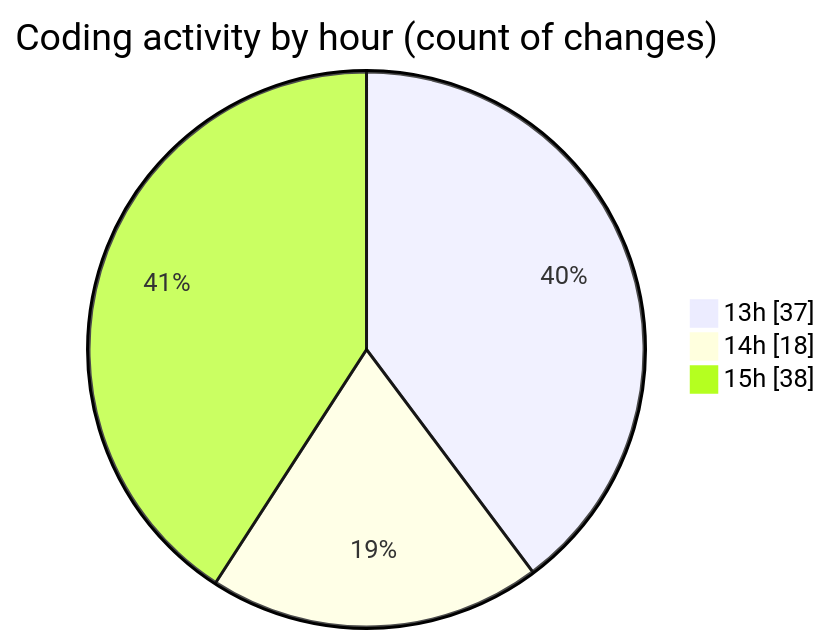
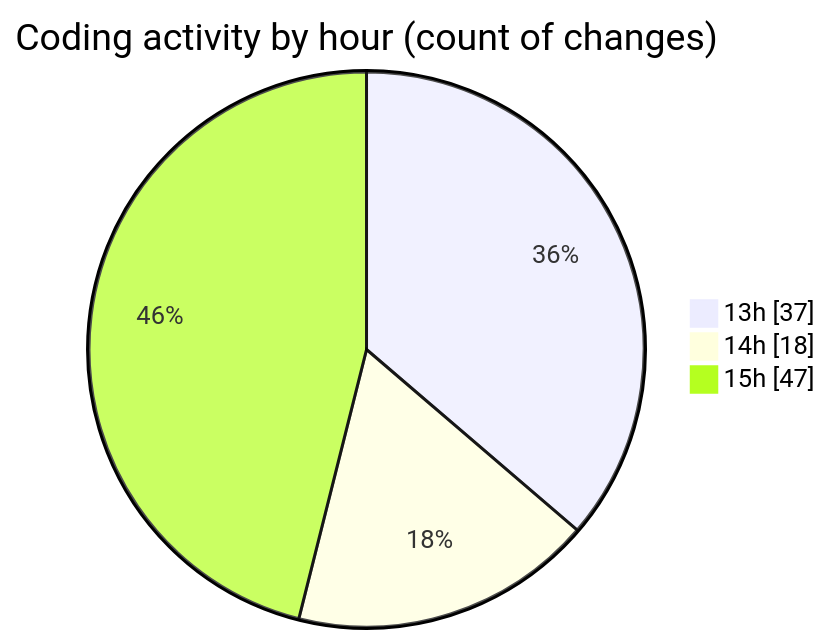
One commit to Unknowalive/code-tracking changed the second of 2 diagrams in 2026-04-11/scripting_workshop/README.md. Above: the diagram before and after it, drawn with Mermaid. The commit also changed other lines of this file and 1 other file, not shown here.

````diff
--- a/2026-04-11/scripting_workshop/README.md
+++ b/2026-04-11/scripting_workshop/README.md
@@ -64,7 +64,7 @@
 ```mermaid
 pie showData
 title Coding activity by hour (count of changes)
 "13h" : 37
 "14h" : 18
-"15h" : 38
+"15h" : 47
 ```
````
